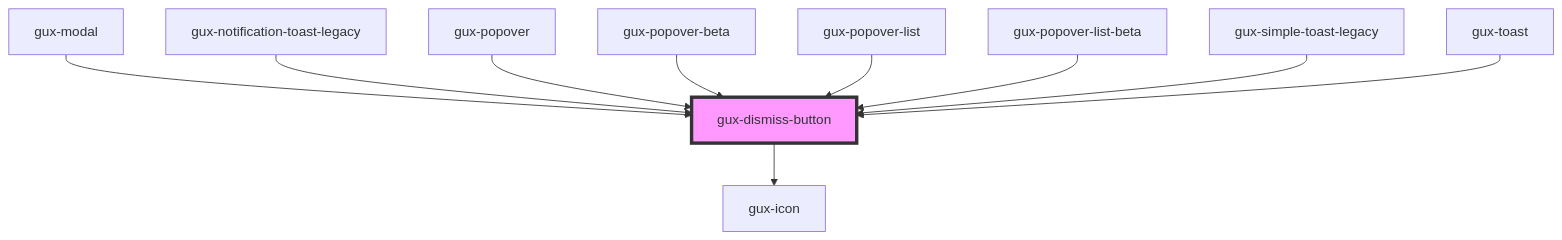
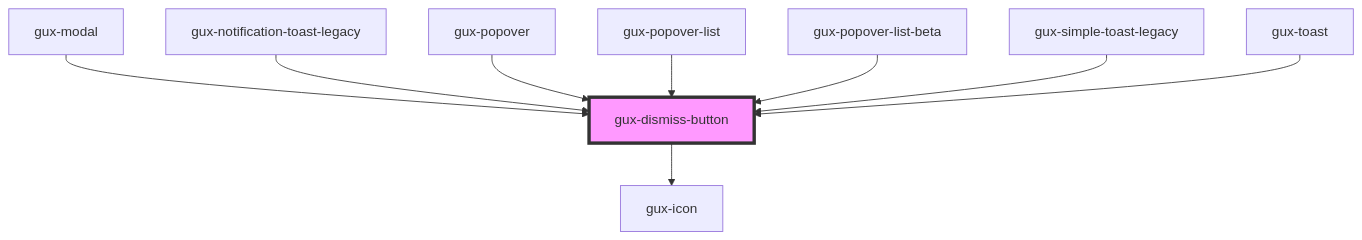
The diagram in packages/genesys-spark-components/src/components/stable/gux-dismiss-button/readme.md (MyPureCloud/genesys-spark), drawn with Mermaid before and after one commit. The commit also changed other lines of this file and 23 other files, not shown here.

Commit message:
chore(gux-popover): replace gux-popover with gux-popover-beta

````diff
--- a/packages/genesys-spark-components/src/components/stable/gux-dismiss-button/readme.md
+++ b/packages/genesys-spark-components/src/components/stable/gux-dismiss-button/readme.md
@@ -33,13 +32,12 @@
 ```mermaid
 graph TD;
   gux-dismiss-button --> gux-icon
   gux-modal --> gux-dismiss-button
   gux-notification-toast-legacy --> gux-dismiss-button
   gux-popover --> gux-dismiss-button
-  gux-popover-beta --> gux-dismiss-button
   gux-popover-list --> gux-dismiss-button
   gux-popover-list-beta --> gux-dismiss-button
   gux-simple-toast-legacy --> gux-dismiss-button
   gux-toast --> gux-dismiss-button
   style gux-dismiss-button fill:#f9f,stroke:#333,stroke-width:4px
 ```
````
